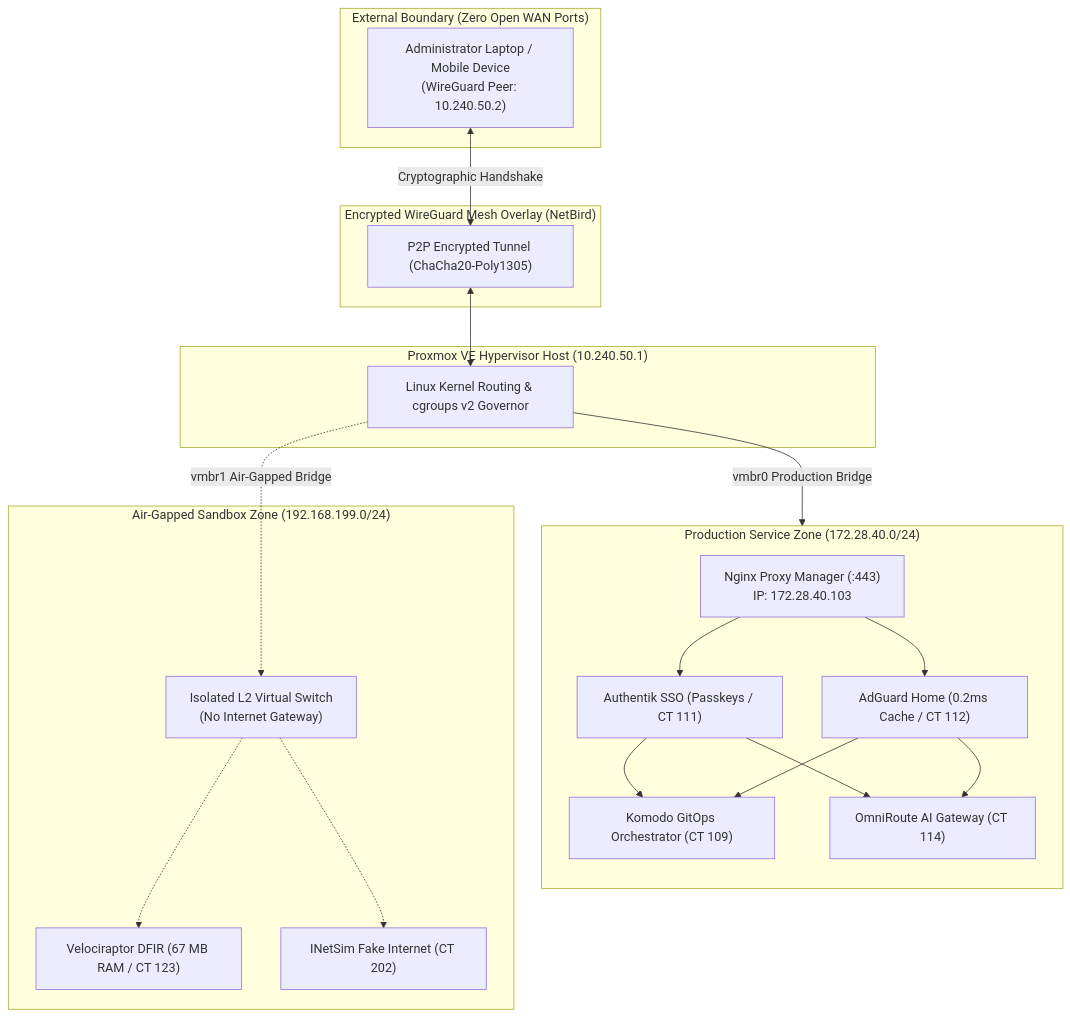
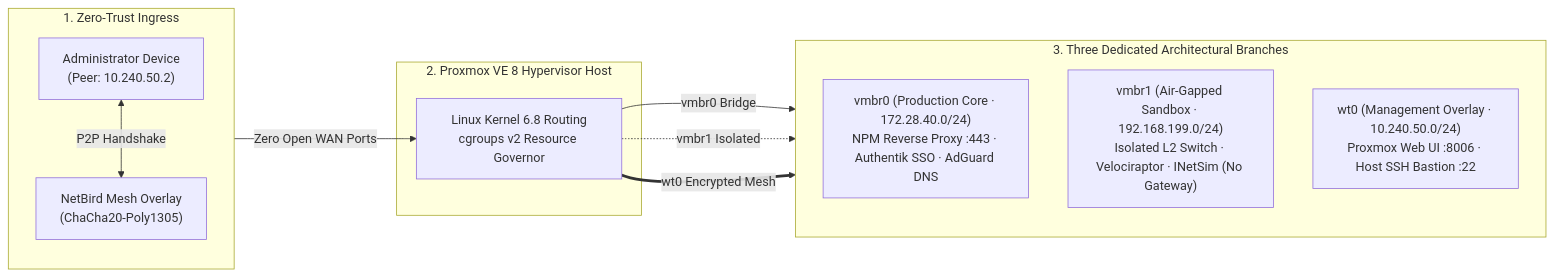
The diagram in README.md (Lessa-github/homelab-zero-trust-infra), drawn with Mermaid before and after one commit. The commit also changed 2 other files, not shown here.

Commit message:
style(mermaid): calibrate diagram widths, contrast typography and center timeline title

````diff
--- a/README.md
+++ b/README.md
@@ -27,37 +27,26 @@
 ```mermaid
-flowchart TD
-    subgraph EXTERNAL_WAN ["External Boundary (Zero Open WAN Ports)"]
-        AdminDevice["Administrator Laptop / Mobile Device<br>(WireGuard Peer: 10.240.50.2)"]
+graph LR
+    subgraph INGRESS ["1. Zero-Trust Ingress"]
+        direction TB
+        Admin["Administrator Device<br>(Peer: 10.240.50.2)"]
+        Mesh["NetBird Mesh Overlay<br>(ChaCha20-Poly1305)"]
+        Admin <-->|P2P Handshake| Mesh
     end
 
-    subgraph OVERLAY_MESH ["Encrypted WireGuard Mesh Overlay (NetBird)"]
-        Tunnel["P2P Encrypted Tunnel (ChaCha20-Poly1305)"]
+    subgraph PVE ["2. Proxmox VE 8 Hypervisor Host"]
+        Kernel["Linux Kernel 6.8 Routing<br>cgroups v2 Resource Governor"]
     end
 
-    subgraph HYPERVISOR_NODE ["Proxmox VE Hypervisor Host (10.240.50.1)"]
-        HostKernel["Linux Kernel Routing & cgroups v2 Governor"]
+    Mesh -->|Zero Open WAN Ports| Kernel
+
+    subgraph EGRESS ["3. Three Dedicated Architectural Branches"]
+        direction TB
+        VMBR0["vmbr0 (Production Core · 172.28.40.0/24)<br>NPM Reverse Proxy :443 · Authentik SSO · AdGuard DNS"]
+        VMBR1["vmbr1 (Air-Gapped Sandbox · 192.168.199.0/24)<br>Isolated L2 Switch · Velociraptor · INetSim (No Gateway)"]
+        WT0["wt0 (Management Overlay · 10.240.50.0/24)<br>Proxmox Web UI :8006 · Host SSH Bastion :22"]
     end
 
-    AdminDevice <-->|Cryptographic Handshake| Tunnel
-    Tunnel <--> HostKernel
-
-    HostKernel -->|"vmbr0 Production Bridge"| NPM["Nginx Proxy Manager (:443)<br>IP: 172.28.40.103"]
-    HostKernel -.->|"vmbr1 Air-Gapped Bridge"| SANDBOX_HUB["Isolated L2 Virtual Switch<br>(No Internet Gateway)"]
-
-    subgraph PROD_VLAN ["Production Service Zone (172.28.40.0/24)"]
-        direction TB
-        NPM["Nginx Proxy Manager (:443)<br>IP: 172.28.40.103"]
-        AUTH["Authentik SSO (Passkeys / CT 111)"]
-        ADG["AdGuard Home (0.2ms Cache / CT 112)"]
-        KOM["Komodo GitOps Orchestrator (CT 109)"]
-        OMNI["OmniRoute AI Gateway (CT 114)"]
-        NPM --> AUTH & ADG
-        AUTH & ADG --> KOM & OMNI
-    end
-
-    subgraph AIRGAPPED_VLAN ["Air-Gapped Sandbox Zone (192.168.199.0/24)"]
-        VELOC["Velociraptor DFIR (67 MB RAM / CT 123)"]
-        INET["INetSim Fake Internet (CT 202)"]
-        SANDBOX_HUB -.-> VELOC & INET
-    end
+    Kernel -->|"vmbr0 Bridge"| VMBR0
+    Kernel -.->|"vmbr1 Isolated"| VMBR1
+    Kernel ==>|"wt0 Encrypted Mesh"| WT0
 ```
````
